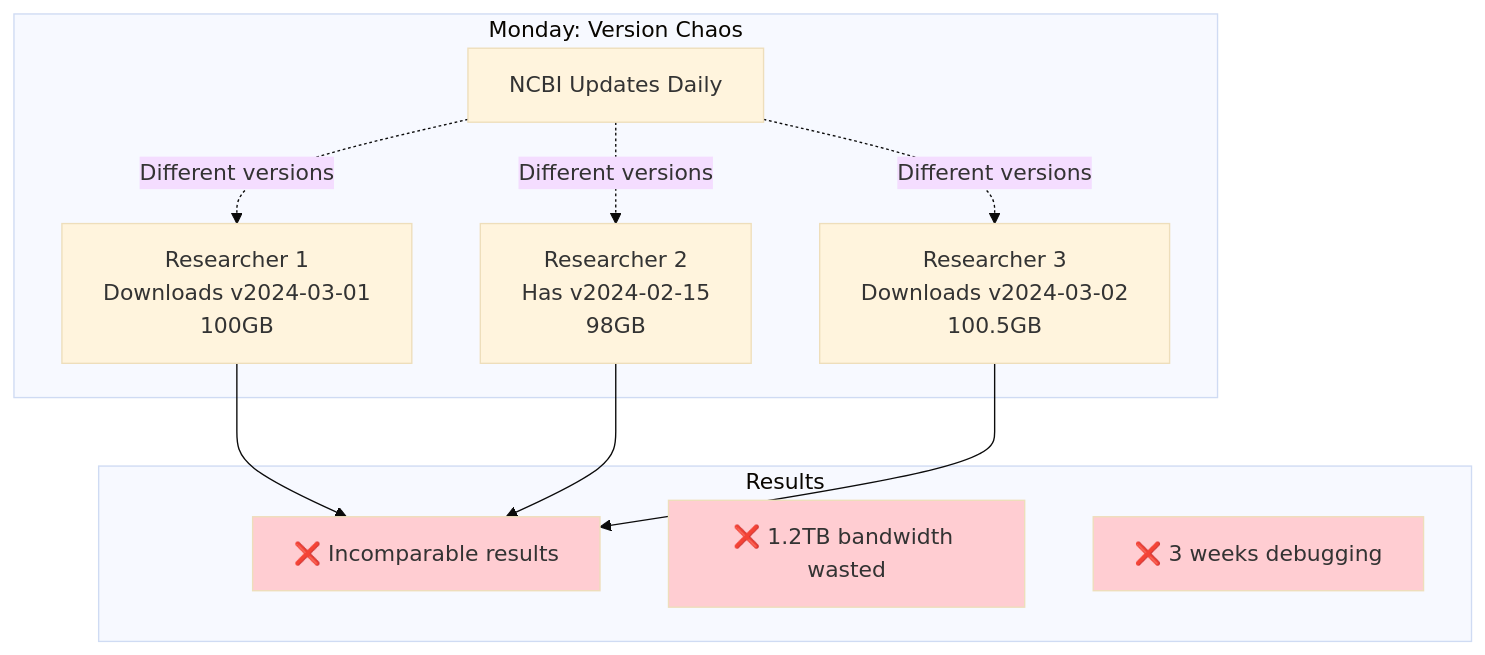
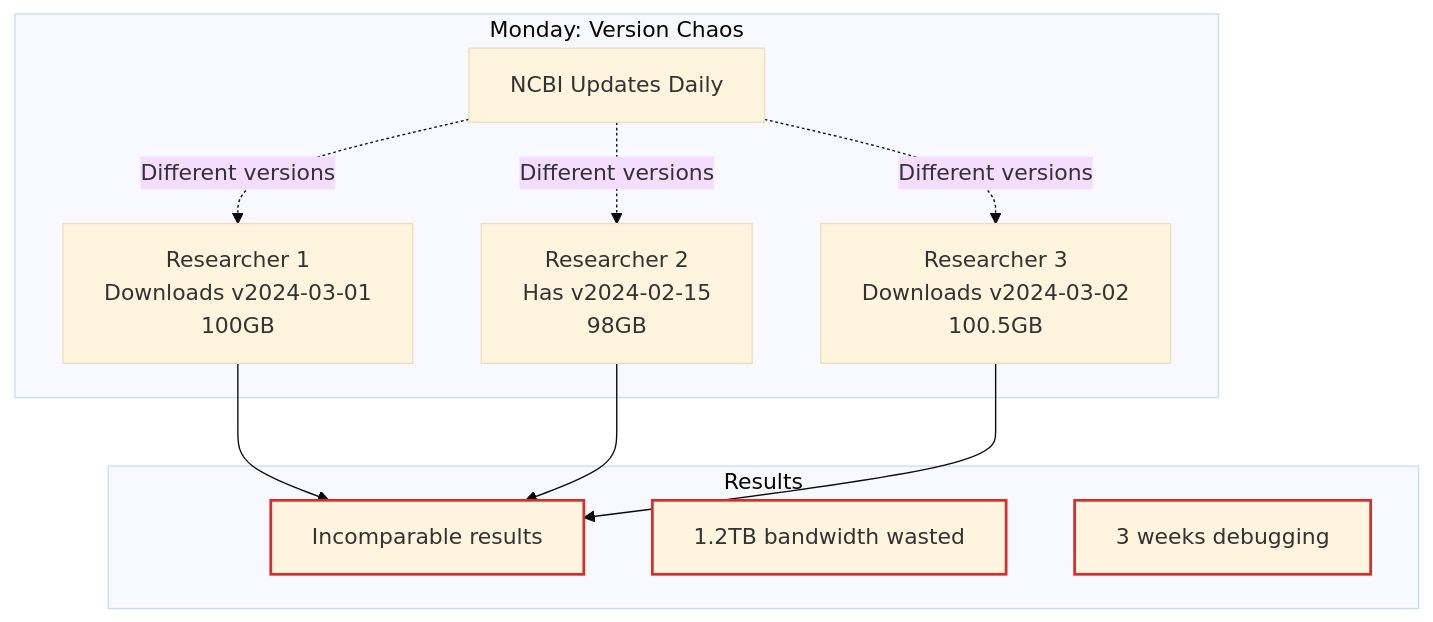
The first of 12 diagrams in docs/src/casg/case-studies.md (bfowle/talaria), drawn with Mermaid (base theme) before and after one commit. The commit also changed other lines of this file and 65 other files, not shown here.

````diff
--- a/docs/src/casg/case-studies.md
+++ b/docs/src/casg/case-studies.md
@@ -19,27 +56,27 @@
 ```mermaid
 graph TB
     subgraph "Monday: Version Chaos"
         R1[Researcher 1<br/>Downloads v2024-03-01<br/>100GB]
         R2[Researcher 2<br/>Has v2024-02-15<br/>98GB]
         R3[Researcher 3<br/>Downloads v2024-03-02<br/>100.5GB]
         DB1[NCBI Updates Daily]
 
         DB1 -.->|Different versions| R1
         DB1 -.->|Different versions| R2
         DB1 -.->|Different versions| R3
     end
 
     subgraph "Results"
-        X1[❌ Incomparable results]
-        X2[❌ 1.2TB bandwidth wasted]
-        X3[❌ 3 weeks debugging]
+        X1[Incomparable results]
+        X2[1.2TB bandwidth wasted]
+        X3[3 weeks debugging]
     end
 
     R1 --> X1
     R2 --> X1
     R3 --> X1
 
-    style X1 fill:#ffcdd2
-    style X2 fill:#ffcdd2
-    style X3 fill:#ffcdd2
+    style X1 stroke:#d32f2f,stroke-width:2px
+    style X2 stroke:#d32f2f,stroke-width:2px
+    style X3 stroke:#d32f2f,stroke-width:2px
 ```
````
